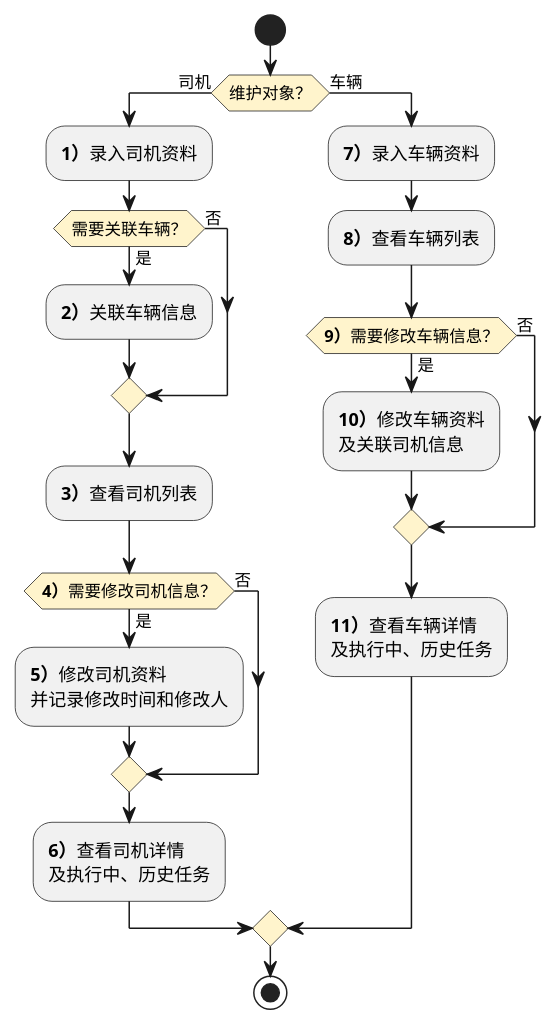
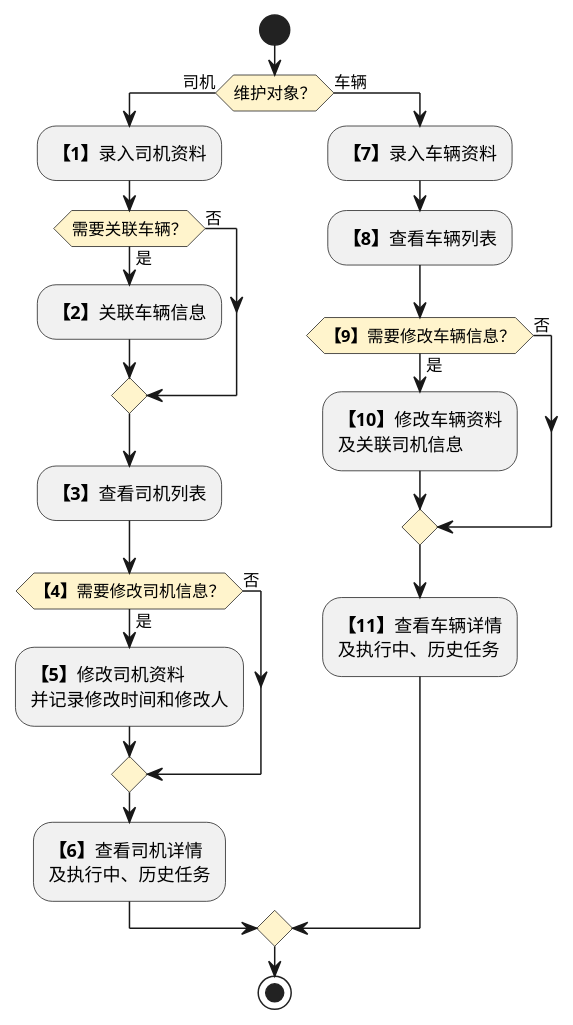
Before and after one commit to jack888332/projects-doc: the first of 2 diagrams in product-caliber/goldjet/segmented-prd/PRD.高捷物流系统一期.第017篇.航晟车队管理.03280CBA2C.md, drawn with PlantUML. The commit also changed other lines of this file and 12 other files, not shown here.

Commit message:
完善DSL图

````diff
--- a/product-caliber/goldjet/segmented-prd/PRD.高捷物流系统一期.第017篇.航晟车队管理.03280CBA2C.md
+++ b/product-caliber/goldjet/segmented-prd/PRD.高捷物流系统一期.第017篇.航晟车队管理.03280CBA2C.md
@@ -44,28 +44,28 @@
 ```plantuml
 @startuml goldjet-017-driver-vehicle-maintenance
 skinparam activityDiamondBackgroundColor #FFF4CC
 start
 if (维护对象？) then (司机)
-  :**1）**录入司机资料;
+  :**【1】**录入司机资料;
   if (需要关联车辆？) then (是)
-    :**2）**关联车辆信息;
+    :**【2】**关联车辆信息;
   else (否)
   endif
-  :**3）**查看司机列表;
-  if (**4）**需要修改司机信息？) then (是)
-    :**5）**修改司机资料\n并记录修改时间和修改人;
+  :**【3】**查看司机列表;
+  if (**【4】**需要修改司机信息？) then (是)
+    :**【5】**修改司机资料\n并记录修改时间和修改人;
   else (否)
   endif
-  :**6）**查看司机详情\n及执行中、历史任务;
+  :**【6】**查看司机详情\n及执行中、历史任务;
 else (车辆)
-  :**7）**录入车辆资料;
-  :**8）**查看车辆列表;
-  if (**9）**需要修改车辆信息？) then (是)
-    :**10）**修改车辆资料\n及关联司机信息;
+  :**【7】**录入车辆资料;
+  :**【8】**查看车辆列表;
+  if (**【9】**需要修改车辆信息？) then (是)
+    :**【10】**修改车辆资料\n及关联司机信息;
   else (否)
   endif
-  :**11）**查看车辆详情\n及执行中、历史任务;
+  :**【11】**查看车辆详情\n及执行中、历史任务;
 endif
 stop
 @enduml
 ```
````
